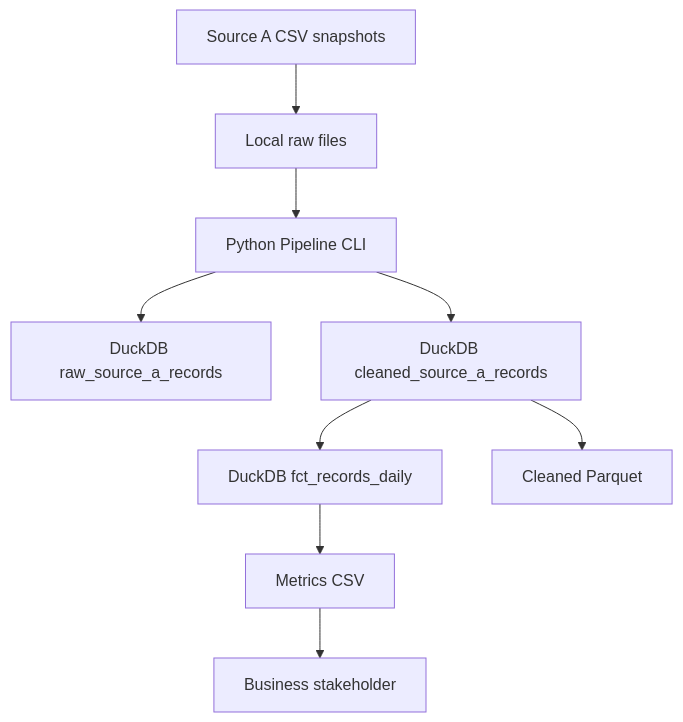
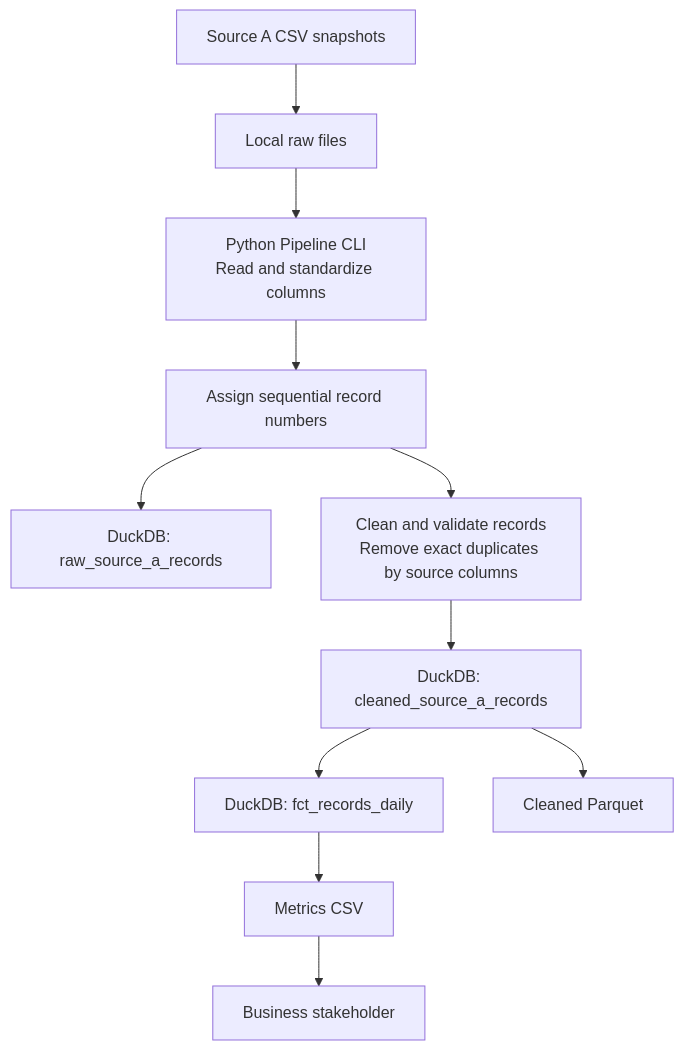
One commit to atheerhamdan9/saudi_foreign_aid_pipeline changed the diagram in docs/architecture.md. Above: the diagram before and after it, drawn with Mermaid. The commit also changed other lines of this file and 4 other files, not shown here.

Commit message:
Add sequential record numbering before deduplication

````diff
--- a/docs/architecture.md
+++ b/docs/architecture.md
@@ -7,21 +7,25 @@
 ```mermaid
 flowchart TD
     A["Source A CSV snapshots"]
     B["Local raw files"]
-    C["Python Pipeline CLI"]
-    D["DuckDB raw_source_a_records"]
-    E["DuckDB cleaned_source_a_records"]
-    F["DuckDB fct_records_daily"]
-    G["Cleaned Parquet"]
-    H["Metrics CSV"]
-    I["Business stakeholder"]
+    C["Python Pipeline CLI<br/>Read and standardize columns"]
+    D["Assign sequential record numbers"]
+    E["DuckDB: raw_source_a_records"]
+    F["Clean and validate records<br/>Remove exact duplicates by source columns"]
+    G["DuckDB: cleaned_source_a_records"]
+    H["DuckDB: fct_records_daily"]
+    I["Cleaned Parquet"]
+    J["Metrics CSV"]
+    K["Business stakeholder"]
 
     A --> B
     B --> C
     C --> D
-    C --> E
-    E --> F
-    E --> G
-    F --> H
-    H --> I
+    D --> E
+    D --> F
+    F --> G
+    G --> H
+    G --> I
+    H --> J
+    J --> K
 ```
````
